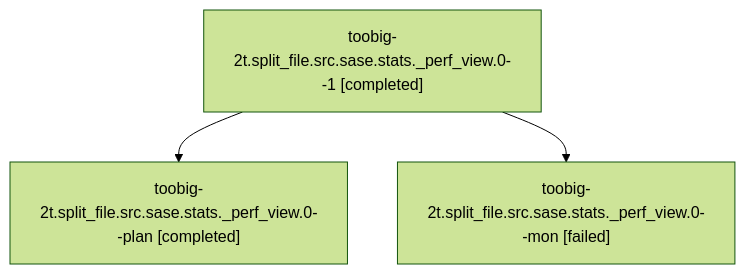
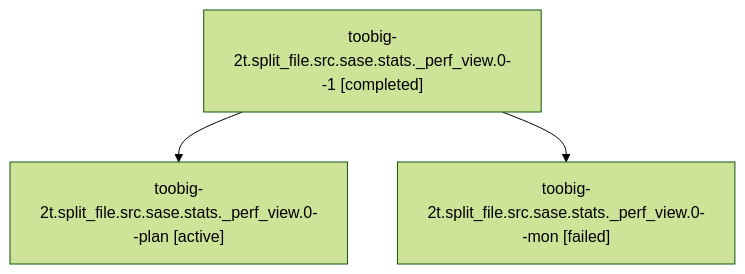
One commit to sase-org/sase--agents changed the diagram in families/bbugyi200.athena.toobig-2t.split_file.src.sase.stats._perf_view.0.md. Above: the diagram before and after it, drawn with Mermaid (forest theme). The commit also changed other lines of this file and 35830 other files, not shown here.

````diff
--- a/families/bbugyi200.athena.toobig-2t.split_file.src.sase.stats._perf_view.0.md
+++ b/families/bbugyi200.athena.toobig-2t.split_file.src.sase.stats._perf_view.0.md
@@ -9,8 +9,8 @@
 ```mermaid
 flowchart TD
   n0["toobig-2t.split_file.src.sase.stats._perf_view.0--1 [completed]"]
-  n1["toobig-2t.split_file.src.sase.stats._perf_view.0--plan [completed]"]
+  n1["toobig-2t.split_file.src.sase.stats._perf_view.0--plan [active]"]
   n0 --> n1
   n2["toobig-2t.split_file.src.sase.stats._perf_view.0--mon [failed]"]
   n0 --> n2
 ```
````
